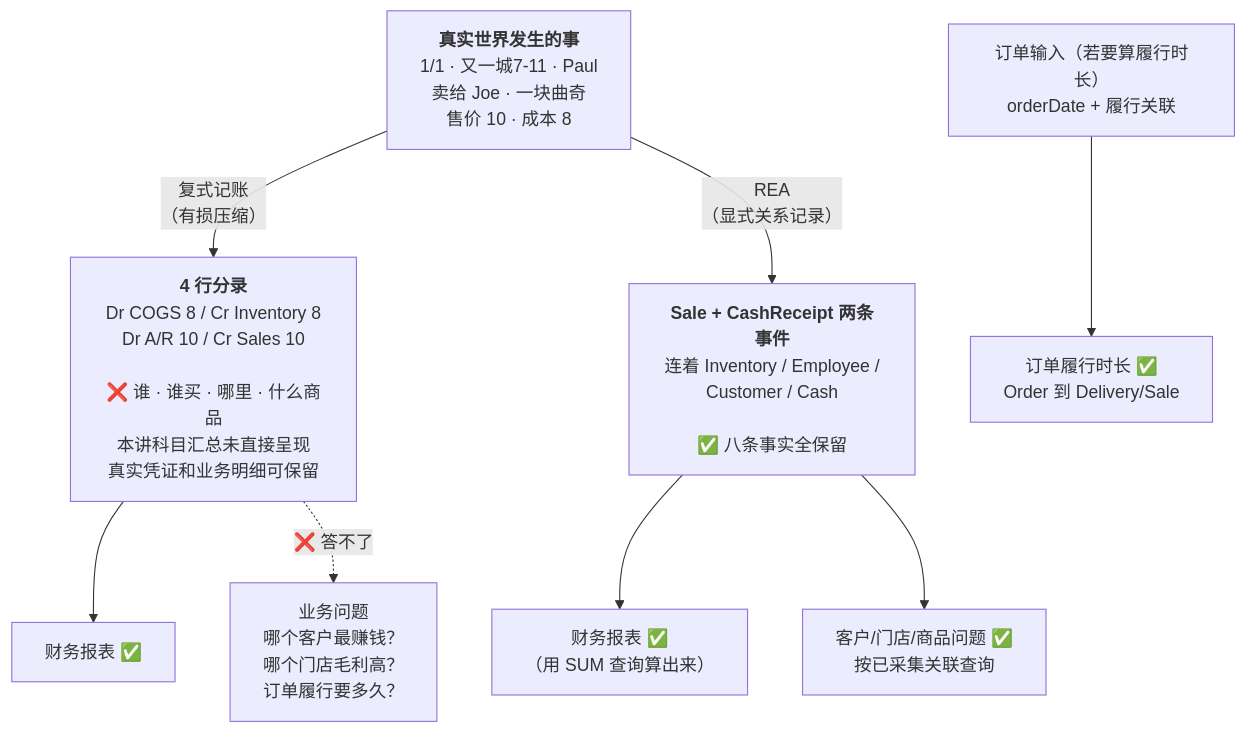
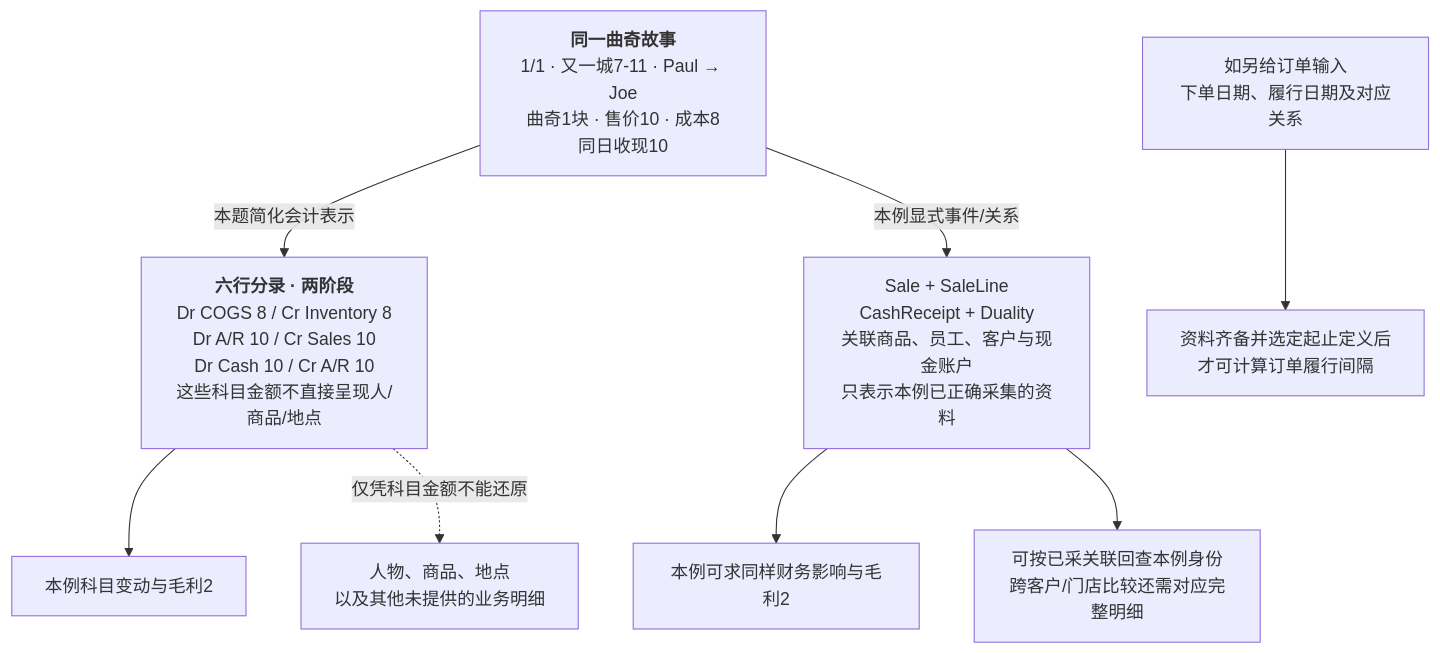
Diagram 11 of 12 in AC6761_Artificial_Intelligence_Accounting/notes/M04-REA会计模型.md (CercaTrovato/cityu-ai-course-notes), drawn with Mermaid before and after one commit. The commit also changed other lines of this file and 209 other files, not shown here.

````diff
--- a/AC6761_Artificial_Intelligence_Accounting/notes/M04-REA会计模型.md
+++ b/AC6761_Artificial_Intelligence_Accounting/notes/M04-REA会计模型.md
@@ -3743,14 +4073,12 @@
 ```mermaid
 flowchart TD
-    W["<b>真实世界发生的事</b><br/>1/1 · 又一城7-11 · Paul<br/>卖给 Joe · 一块曲奇<br/>售价 10 · 成本 8"]
-    O["订单输入（若要算履行时长）<br/>orderDate + 履行关联"]
-
-    W -->|"复式记账<br/>（有损压缩）"| DE["<b>4 行分录</b><br/>Dr COGS 8 / Cr Inventory 8<br/>Dr A/R 10 / Cr Sales 10<br/><br/>❌ 谁 · 谁买 · 哪里 · 什么商品<br/>本讲科目汇总未直接呈现<br/>真实凭证和业务明细可保留"]
-    W -->|"REA<br/>（显式关系记录）"| REA["<b>Sale + CashReceipt 两条事件</b><br/>连着 Inventory / Employee /<br/>Customer / Cash<br/><br/>✅ 八条事实全保留"]
-
-    DE --> FS1["财务报表 ✅"]
-    DE -.->|"❌ 答不了"| BQ["业务问题<br/>哪个客户最赚钱？<br/>哪个门店毛利高？<br/>订单履行要多久？"]
-    REA --> FS2["财务报表 ✅<br/>（用 SUM 查询算出来）"]
-    REA --> BQ2["客户/门店/商品问题 ✅<br/>按已采集关联查询"]
-    O --> BQ3["订单履行时长 ✅<br/>Order 到 Delivery/Sale"]
+    W["<b>同一曲奇故事</b><br/>1/1 · 又一城7-11 · Paul → Joe<br/>曲奇1块 · 售价10 · 成本8<br/>同日收现10"]
+    O["如另给订单输入<br/>下单日期、履行日期及对应关系"]
+    W -->|"本题简化会计表示"| DE["<b>六行分录 · 两阶段</b><br/>Dr COGS 8 / Cr Inventory 8<br/>Dr A/R 10 / Cr Sales 10<br/>Dr Cash 10 / Cr A/R 10<br/>这些科目金额不直接呈现人/商品/地点"]
+    W -->|"本例显式事件/关系"| REA["Sale + SaleLine<br/>CashReceipt + Duality<br/>关联商品、员工、客户与现金账户<br/>只表示本例已正确采集的资料"]
+    DE --> FS1["本例科目变动与毛利2"]
+    REA --> FS2["本例可求同样财务影响与毛利2"]
+    DE -.->|"仅凭科目金额不能还原"| BQ["人物、商品、地点<br/>以及其他未提供的业务明细"]
+    REA --> BQ2["可按已采关联回查本例身份<br/>跨客户/门店比较还需对应完整明细"]
+    O --> BQ3["资料齐备并选定起止定义后<br/>才可计算订单履行间隔"]
 ```
````
